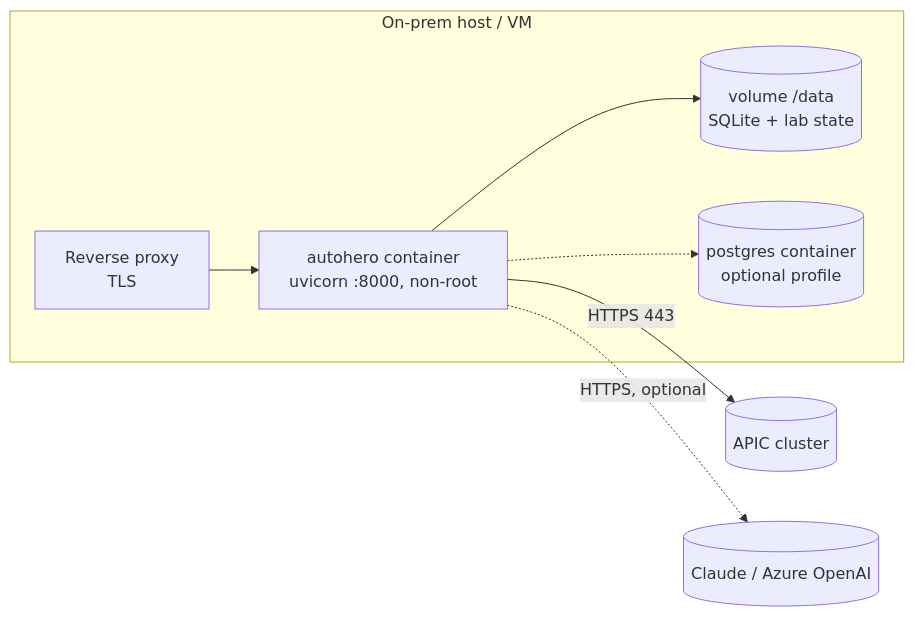
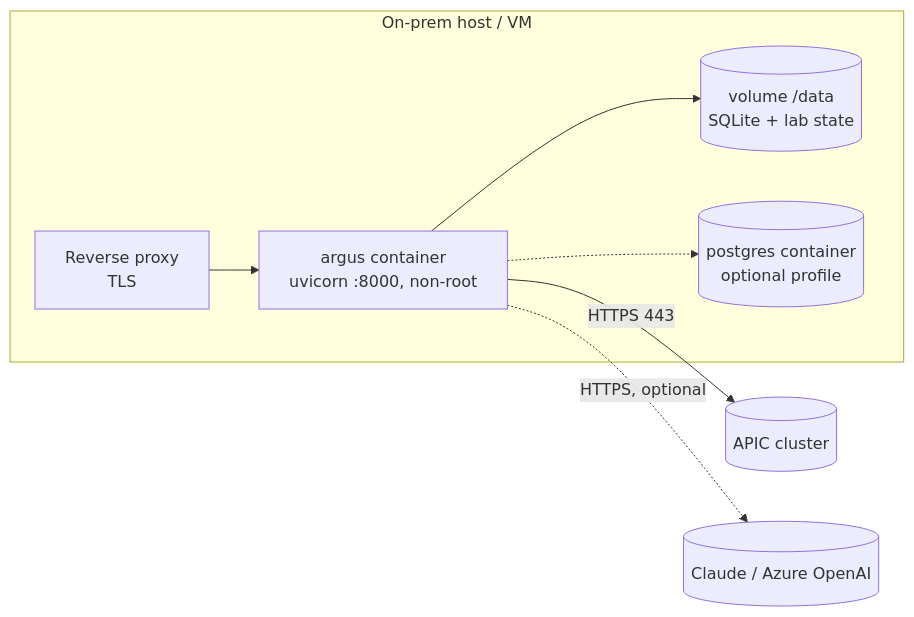
The sixth of 6 diagrams in docs/ARCHITECTURE.md (youhana-sobhy/Argus), drawn with Mermaid before and after one commit. The commit also changed other lines of this file and 97 other files, not shown here.

````diff
--- a/docs/ARCHITECTURE.md
+++ b/docs/ARCHITECTURE.md
@@ -244,10 +244,10 @@
 ```mermaid
 flowchart LR
   subgraph DC[On-prem host / VM]
-    RP[Reverse proxy<br/>TLS] --> C[autohero container<br/>uvicorn :8000, non-root]
+    RP[Reverse proxy<br/>TLS] --> C[argus container<br/>uvicorn :8000, non-root]
     C --> V[(volume /data<br/>SQLite + lab state)]
     C -.-> PG[(postgres container<br/>optional profile)]
   end
   C -->|HTTPS 443| APIC[(APIC cluster)]
   C -.->|HTTPS, optional| AI[(Claude / Azure OpenAI)]
 ```
````
